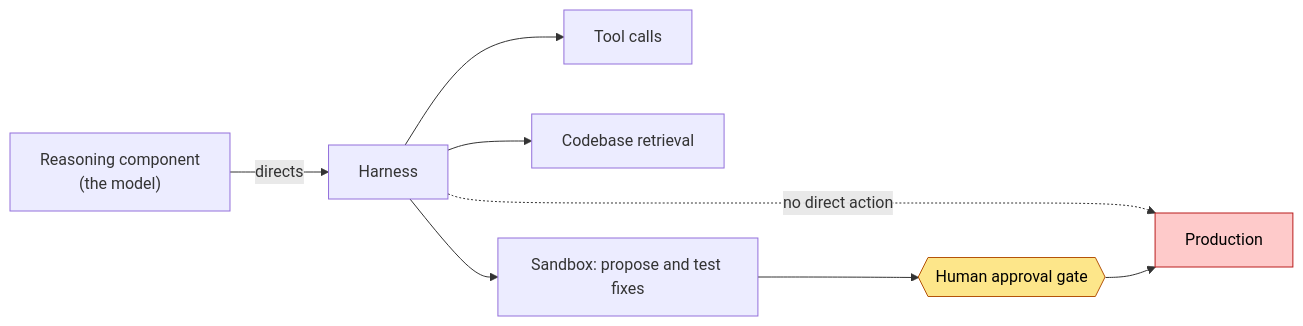
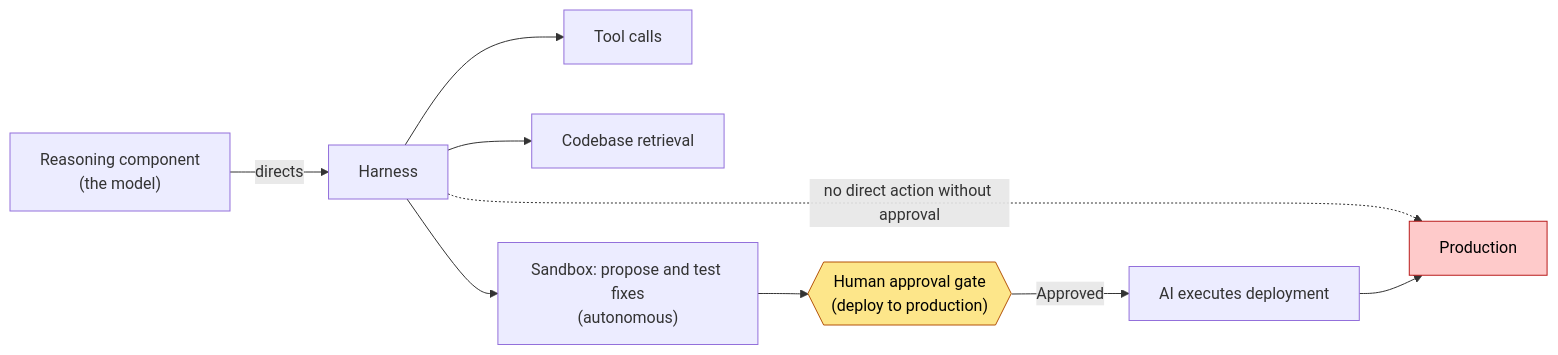
One commit to DiwasDev/AI-SRE changed the ninth of 17 diagrams in artifacts/product_requirement.md. Above: the diagram before and after it, drawn with Mermaid. The commit also changed other lines of this file and 1 other file, not shown here.

Commit message:
Update approval flow to single-gate and support multi-provider LLM fallback

````diff
--- a/artifacts/product_requirement.md
+++ b/artifacts/product_requirement.md
@@ -271,12 +266,12 @@
 ```mermaid
 flowchart LR
     M["Reasoning component<br/>(the model)"] -- directs --> H["Harness"]
     H --> T1["Tool calls"]
     H --> T2["Codebase retrieval"]
-    H --> T3["Sandbox: propose and test fixes"]
-    H -. "no direct action" .-> X["Production"]
-    T3 --> G{{"Human approval gate"}}
-    G --> X
+    H --> T3["Sandbox: propose and test fixes<br/>(autonomous)"]
+    H -. "no direct action without approval" .-> X["Production"]
+    T3 --> G{{"Human approval gate<br/>(deploy to production)"}}
+    G -- Approved --> D["AI executes deployment"] --> X
     style X fill:#fecaca,stroke:#b91c1c,color:#000
     style G fill:#fde68a,stroke:#b45309,color:#000
 ```
````
